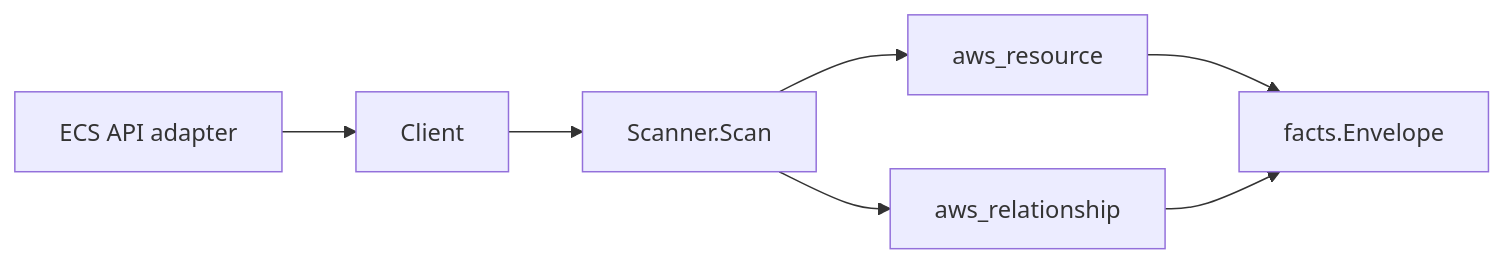
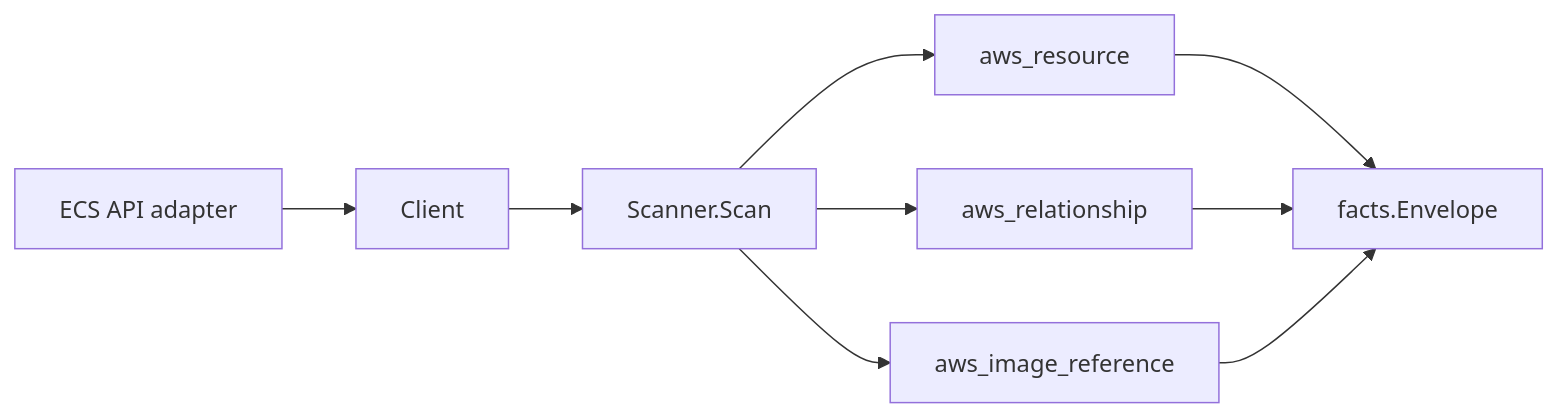
One commit to eshu-hq/eshu changed the diagram in go/internal/collector/awscloud/services/ecs/README.md. Above: the diagram before and after it, drawn with Mermaid. The commit also changed other lines of this file and 10 other files, not shown here.

````diff
--- a/go/internal/collector/awscloud/services/ecs/README.md
+++ b/go/internal/collector/awscloud/services/ecs/README.md
@@ -17,9 +18,11 @@
 ```mermaid
 flowchart LR
   A["ECS API adapter"] --> B["Client"]
   B --> C["Scanner.Scan"]
   C --> D["aws_resource"]
   C --> E["aws_relationship"]
+  C --> G["aws_image_reference"]
   D --> F["facts.Envelope"]
   E --> F
+  G --> F
 ```
````
